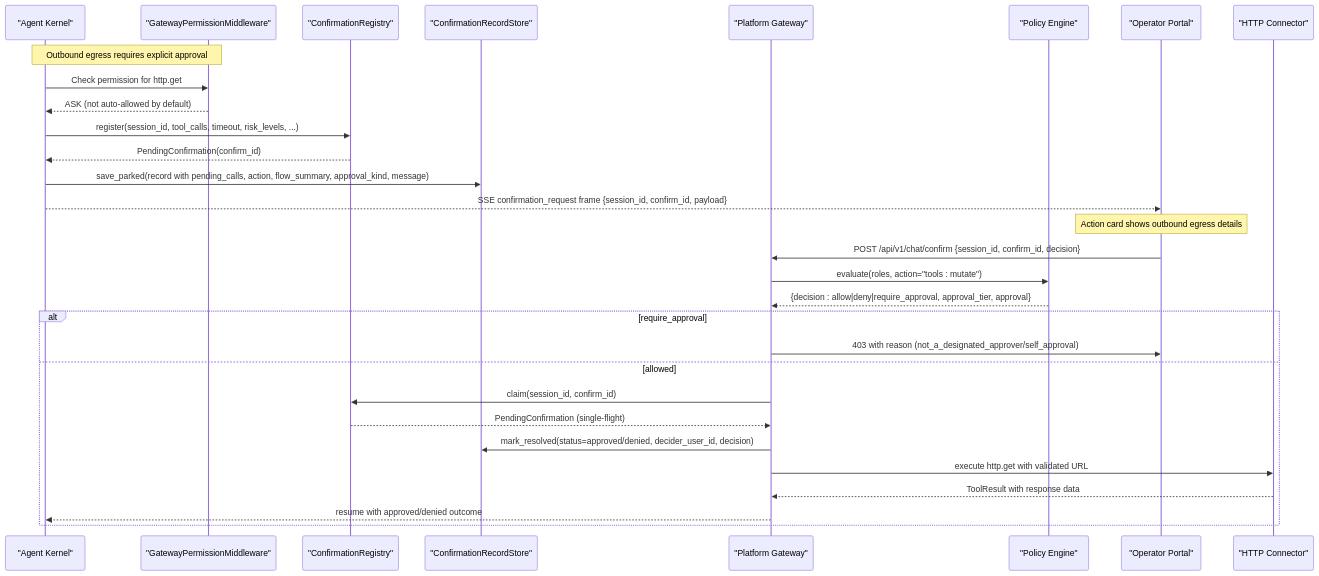
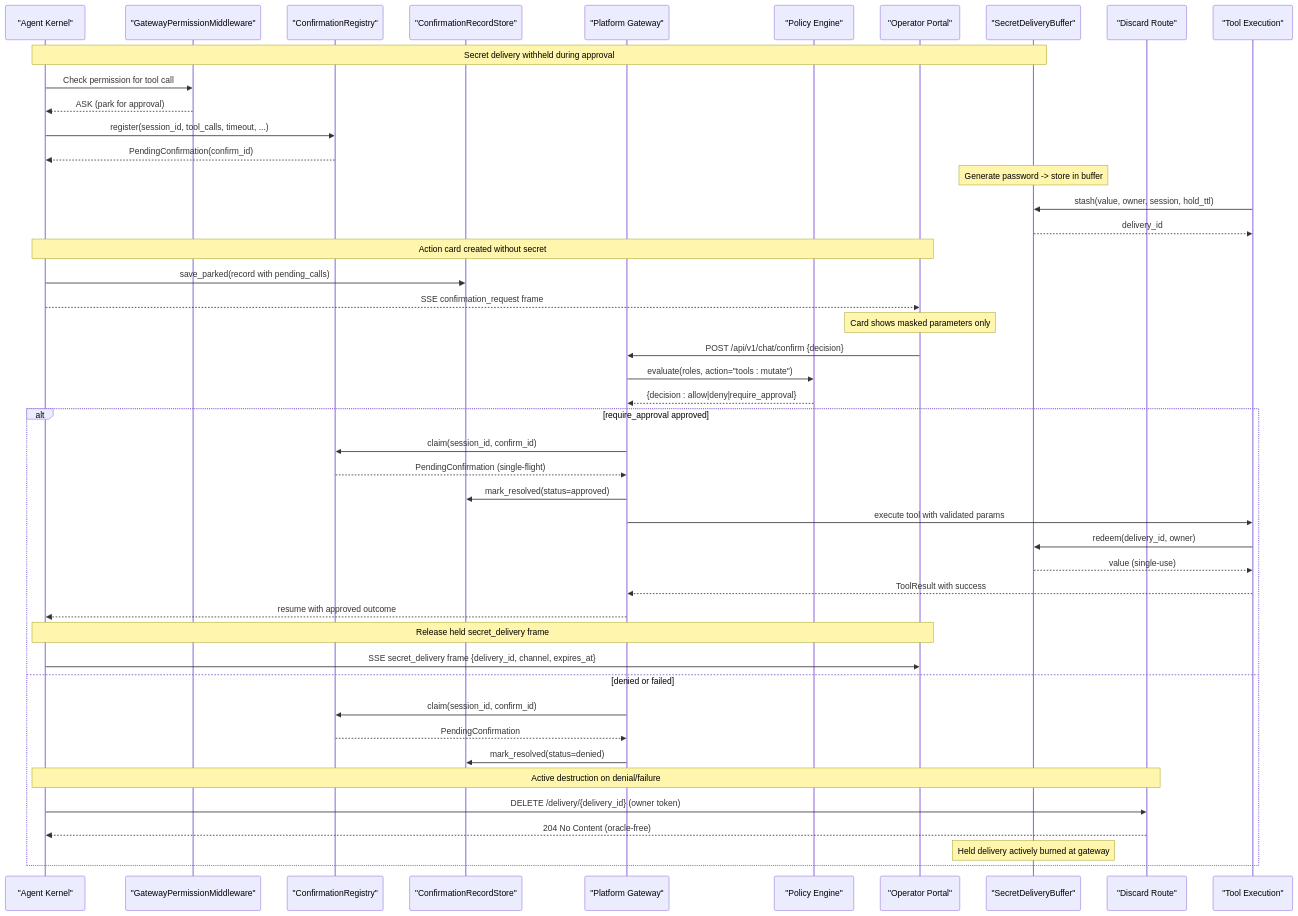
One commit to metasync/luban-aiops changed the second of 10 diagrams in .qoder/repowiki/en/content/Core Services/Agent Platform/Human-in-the-Loop Approvals.md. Above: the diagram before and after it, drawn with Mermaid. The commit also changed other lines of this file and 56 other files, not shown here.

First line of the commit message:
docs: refresh repowiki knowledge cache (SPEC-062 secret delivery, v0.42.0)

````diff
--- a/.qoder/repowiki/en/content/Core Services/Agent Platform/Human-in-the-Loop Approvals.md
+++ b/.qoder/repowiki/en/content/Core Services/Agent Platform/Human-in-the-Loop Approvals.md
@@ -133,32 +160,48 @@
 ```mermaid
 sequenceDiagram
 participant Agent as "Agent Kernel"
 participant Perm as "GatewayPermissionMiddleware"
 participant Reg as "ConfirmationRegistry"
 participant Rec as "ConfirmationRecordStore"
 participant GW as "Platform Gateway"
 participant Pol as "Policy Engine"
 participant Op as "Operator Portal"
-participant HTTP as "HTTP Connector"
-Note over Agent,Perm : Outbound egress requires explicit approval
-Agent->>Perm : Check permission for http.get
-Perm-->>Agent : ASK (not auto-allowed by default)
-Agent->>Reg : register(session_id, tool_calls, timeout, risk_levels, ...)
+participant Sec as "SecretDeliveryBuffer"
+participant Discard as "Discard Route"
+participant Tool as "Tool Execution"
+Note over Agent,Sec : Secret delivery withheld during approval
+Agent->>Perm : Check permission for tool call
+Perm-->>Agent : ASK (park for approval)
+Agent->>Reg : register(session_id, tool_calls, timeout, ...)
 Reg-->>Agent : PendingConfirmation(confirm_id)
-Agent->>Rec : save_parked(record with pending_calls, action, flow_summary, approval_kind, message)
-Agent-->>Op : SSE confirmation_request frame {session_id, confirm_id, payload}
-Note over Op : Action card shows outbound egress details
-Op->>GW : POST /api/v1/chat/confirm {session_id, confirm_id, decision}
+Note over Sec : Generate password -> store in buffer
+Tool->>Sec : stash(value, owner, session, hold_ttl)
+Sec-->>Tool : delivery_id
+Note over Agent,Op : Action card created without secret
+Agent->>Rec : save_parked(record with pending_calls)
+Agent-->>Op : SSE confirmation_request frame
+Note over Op : Card shows masked parameters only
+Op->>GW : POST /api/v1/chat/confirm {decision}
 GW->>Pol : evaluate(roles, action="tools : mutate")
-Pol-->>GW : {decision : allow|deny|require_approval, approval_tier, approval}
-alt require_approval
-GW->>Op : 403 with reason (not_a_designated_approver/self_approval)
-else allowed
+Pol-->>GW : {decision : allow|deny|require_approval}
+alt require_approval approved
 GW->>Reg : claim(session_id, confirm_id)
 Reg-->>GW : PendingConfirmation (single-flight)
-GW->>Rec : mark_resolved(status=approved/denied, decider_user_id, decision)
-GW->>HTTP : execute http.get with validated URL
-HTTP-->>GW : ToolResult with response data
-GW-->>Agent : resume with approved/denied outcome
+GW->>Rec : mark_resolved(status=approved)
+GW->>Tool : execute tool with validated params
+Tool->>Sec : redeem(delivery_id, owner)
+Sec-->>Tool : value (single-use)
+Tool-->>GW : ToolResult with success
+GW-->>Agent : resume with approved outcome
+Note over Agent,Op : Release held secret_delivery frame
+Agent->>Op : SSE secret_delivery frame {delivery_id, channel, expires_at}
+else denied or failed
+GW->>Reg : claim(session_id, confirm_id)
+Reg-->>GW : PendingConfirmation
+GW->>Rec : mark_resolved(status=denied)
+Note over Agent,Discard : Active destruction on denial/failure
+Agent->>Discard : DELETE /delivery/{delivery_id} (owner token)
+Discard-->>Agent : 204 No Content (oracle-free)
+Note over Sec : Held delivery actively burned at gateway
 end
 ```
````
